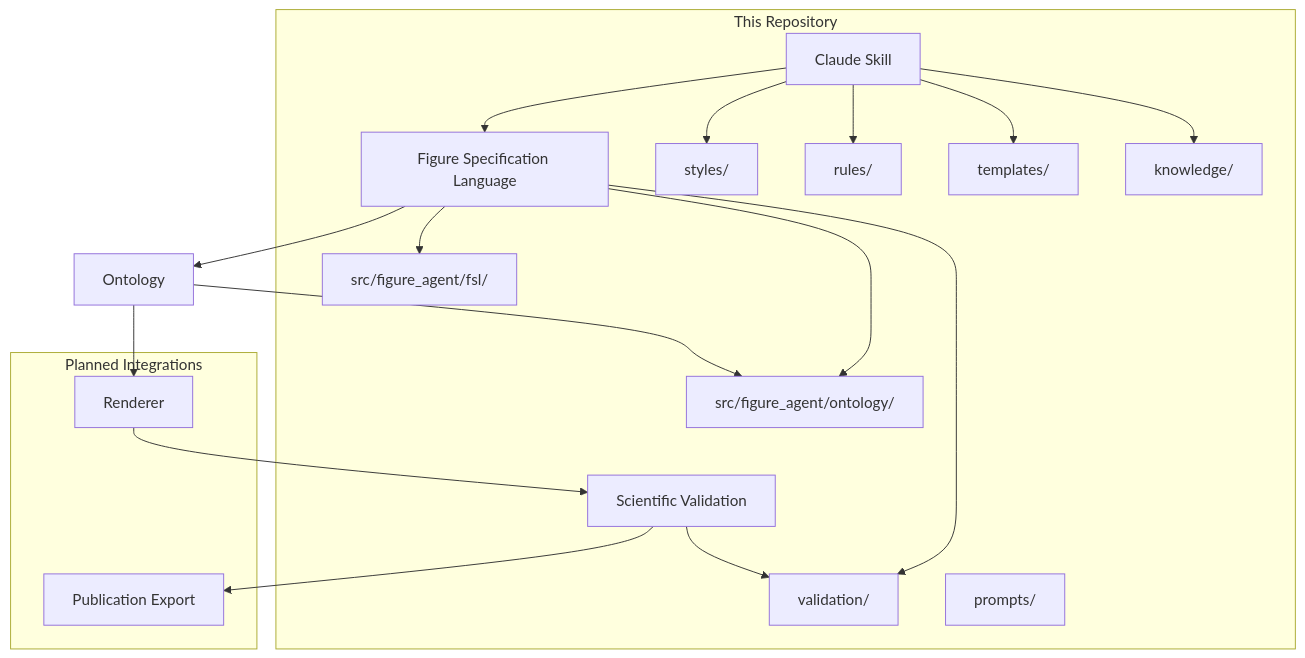
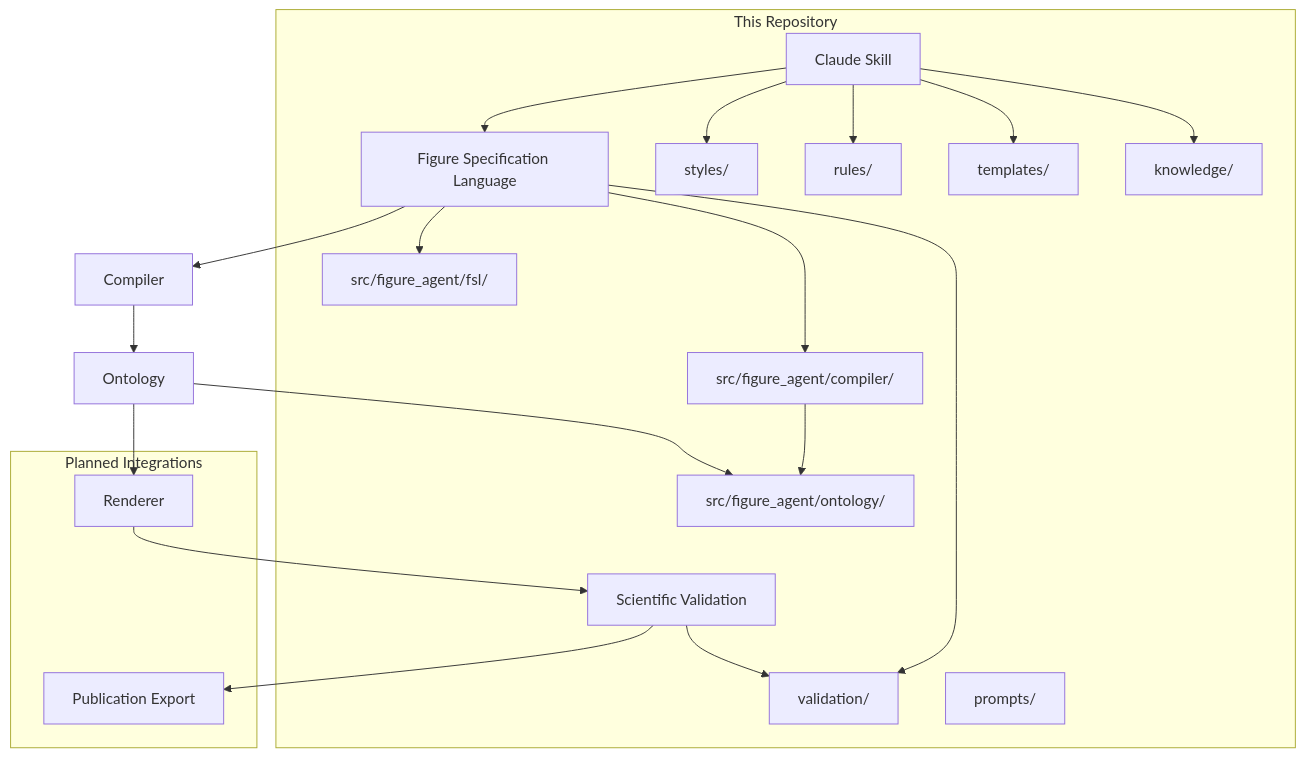
The first of 6 diagrams in docs/Architecture.md (insight2017aquib/MedicinalChemistryFigureDesigner), drawn with Mermaid before and after one commit. The commit also changed other lines of this file and 13 other files, not shown here.

Commit message:
platform(v0.5): implement figure compilation engine

````diff
--- a/docs/Architecture.md
+++ b/docs/Architecture.md
@@ -28,38 +28,41 @@
 ```mermaid
 flowchart TD
     A[Claude Skill] --> B[Figure Specification Language]
-    B --> O[Ontology]
+    B --> C[Compiler]
+    C --> O[Ontology]
     O --> R[Renderer]
     R --> E[Scientific Validation]
     E --> F[Publication Export]
 
     subgraph repo [This Repository]
         A
         B
         B2[src/figure_agent/fsl/]
+        C2[src/figure_agent/compiler/]
         O2[src/figure_agent/ontology/]
         E
         G[styles/]
         H[rules/]
         I[templates/]
         J[knowledge/]
         K[validation/]
         L[prompts/]
     end
 
     B --> B2
-    B --> O2
+    B --> C2
+    C2 --> O2
     O --> O2
 
     subgraph external [Planned Integrations]
         R
         F
     end
 
     A --> G
     A --> H
     A --> I
     A --> J
     B --> K
     E --> K
 ```
````
